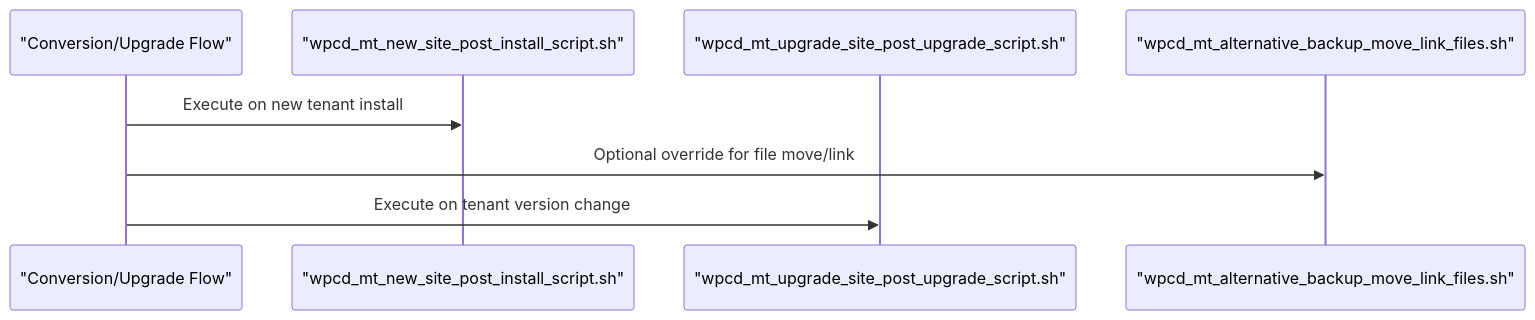
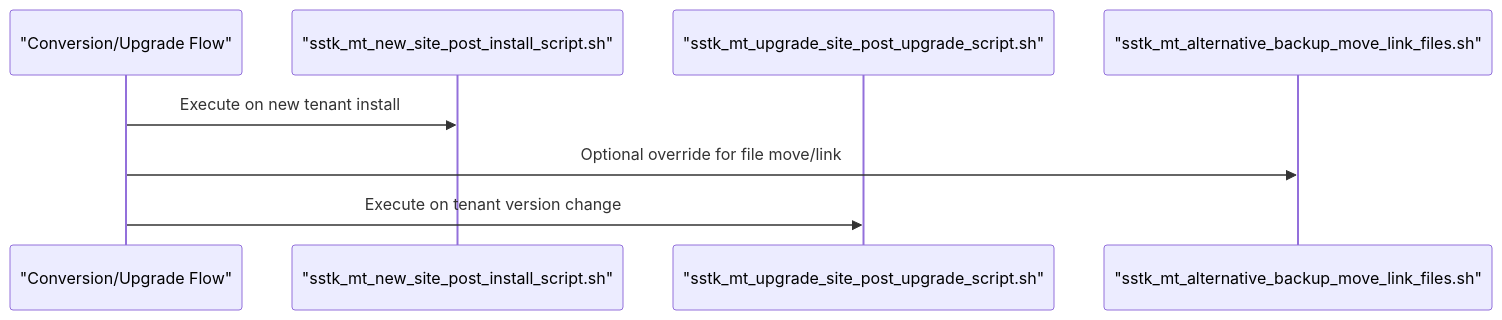
One commit to onedogsolutions/simple-stack changed the sixth of 7 diagrams in .qoder/repowiki/en/content/WordPress Application Engine/Customization & Extension Points/Multi-Tenant Architecture & Site Isolation.md. Above: the diagram before and after it, drawn with Mermaid. The commit also changed other lines of this file and 5941 other files, not shown here.

````diff
--- a/.qoder/repowiki/en/content/WordPress Application Engine/Customization & Extension Points/Multi-Tenant Architecture & Site Isolation.md
+++ b/.qoder/repowiki/en/content/WordPress Application Engine/Customization & Extension Points/Multi-Tenant Architecture & Site Isolation.md
@@ -228,10 +228,10 @@
 ```mermaid
 sequenceDiagram
 participant System as "Conversion/Upgrade Flow"
-participant HookNew as "wpcd_mt_new_site_post_install_script.sh"
-participant HookUpg as "wpcd_mt_upgrade_site_post_upgrade_script.sh"
-participant AltFiles as "wpcd_mt_alternative_backup_move_link_files.sh"
+participant HookNew as "sstk_mt_new_site_post_install_script.sh"
+participant HookUpg as "sstk_mt_upgrade_site_post_upgrade_script.sh"
+participant AltFiles as "sstk_mt_alternative_backup_move_link_files.sh"
 System->>HookNew : Execute on new tenant install
 System->>AltFiles : Optional override for file move/link
 System->>HookUpg : Execute on tenant version change
 ```
````
